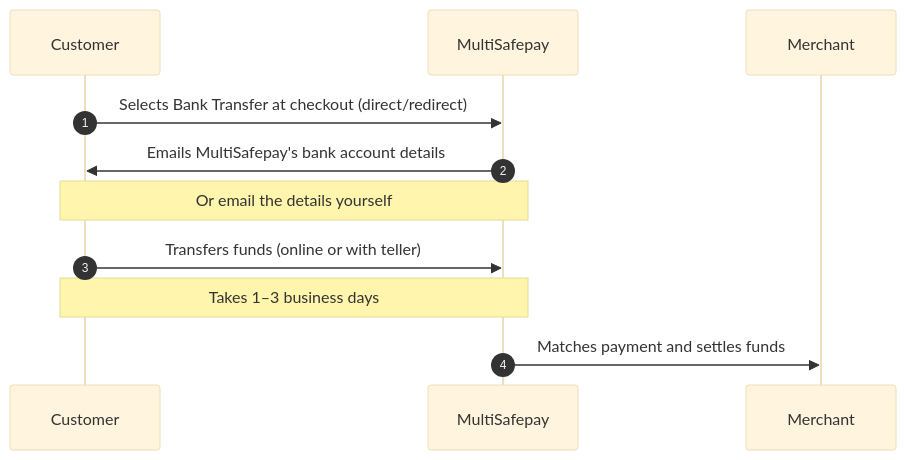
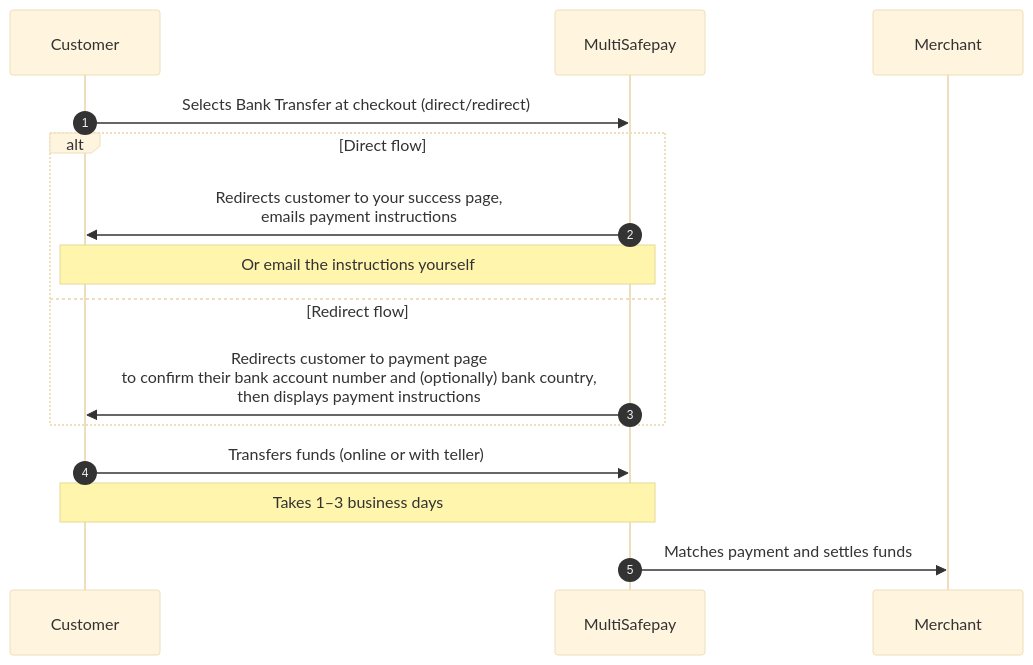
Before and after one commit to MultiSafepay/docs: the diagram in content/payments/methods/banks/bank-transfer/payment-flow.md, drawn with Mermaid (base theme). The commit also changed other lines of this file and 20 other files, not shown here.

```diff
--- a/content/payments/methods/banks/bank-transfer/payment-flow.md
+++ b/content/payments/methods/banks/bank-transfer/payment-flow.md
@@ -17,16 +17,20 @@
 {{< mermaid class="text-center" >}}
 
 sequenceDiagram
     autonumber
     participant C as Customer
     participant Mu as MultiSafepay
     participant Me as Merchant
 
     C->>Mu: Selects Bank Transfer at checkout (direct/redirect)
-    Mu->>C: Emails MultiSafepay's bank account details
-    Note over Mu,C: Or email the details yourself
+    alt Direct flow
+    Mu->>C: Redirects customer to your success page, <br> emails payment instructions
+    Note over Mu,C: Or email the instructions yourself
+    else Redirect flow
+    Mu->>C: Redirects customer to payment page <br> to confirm their bank account number and (optionally) bank country, <br> then displays payment instructions
+    end
     C->>Mu: Transfers funds (online or with teller)
     Note over C,Mu: Takes 1–3 business days 
     Mu->>Me: Matches payment and settles funds
     
 {{< /mermaid >}}
```
